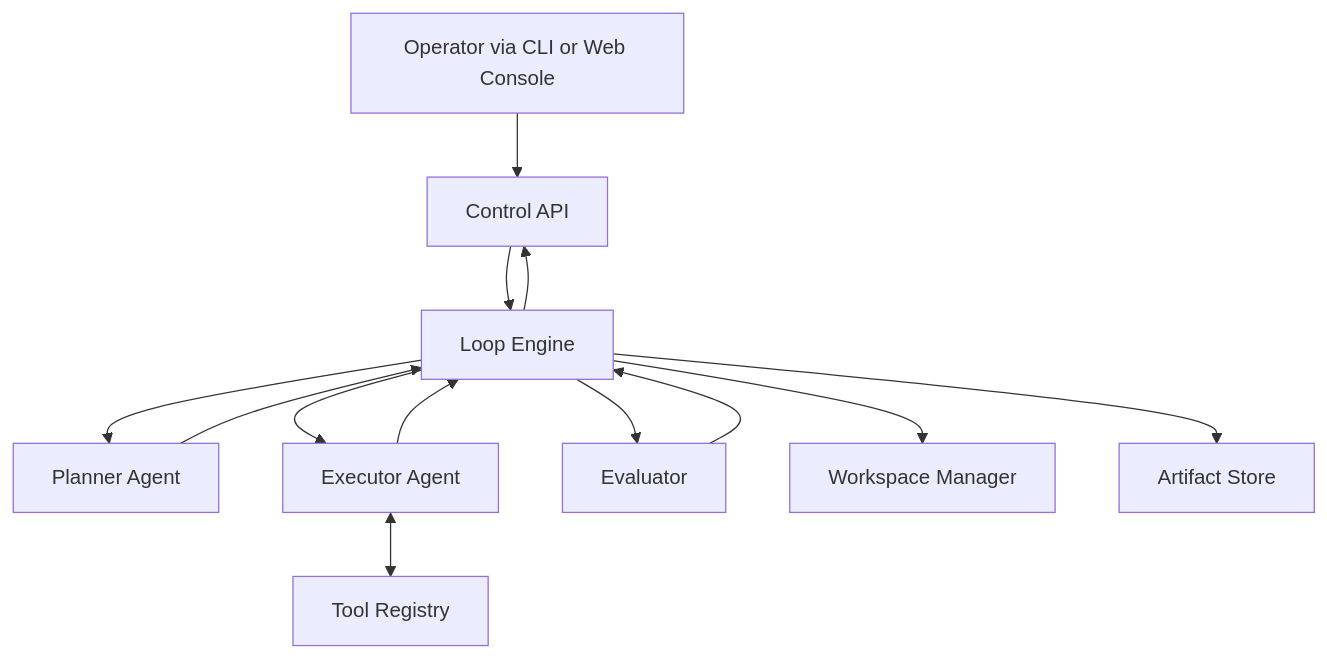
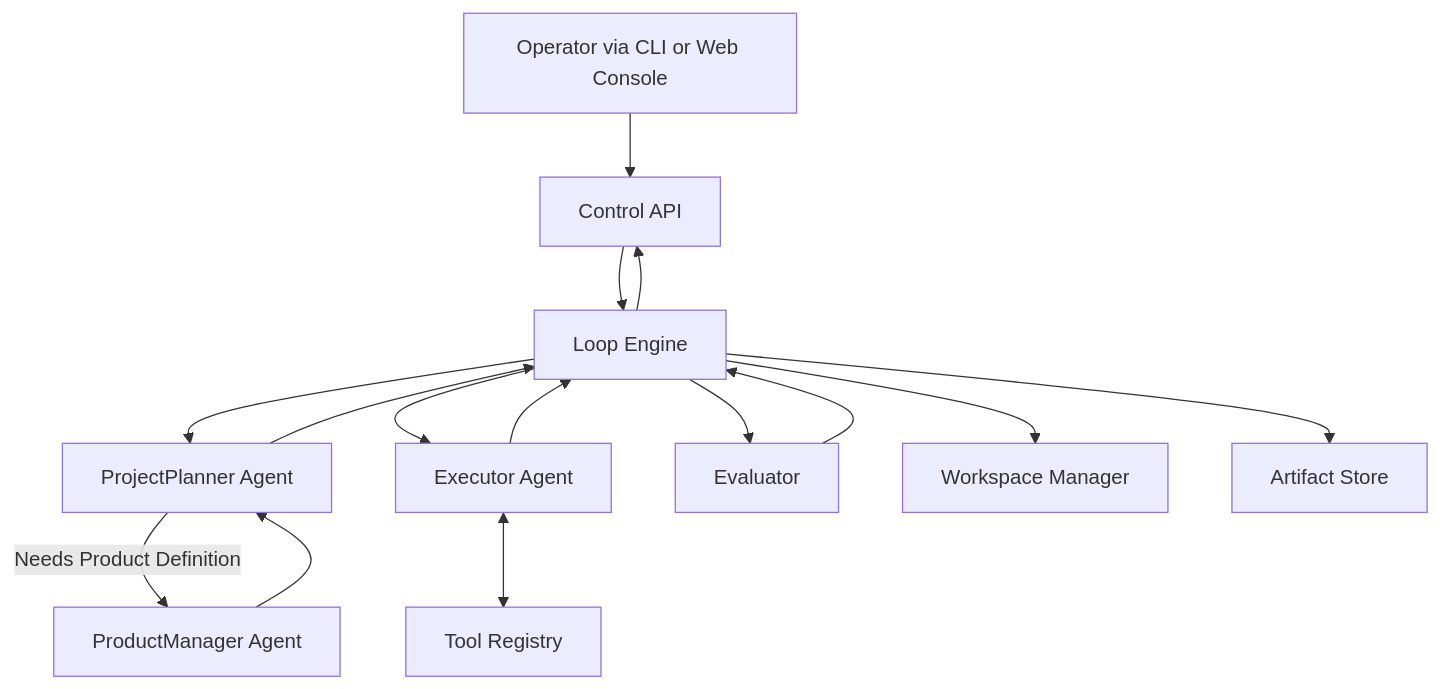
The first of 2 diagrams in ARCHITECTURE.md (ailoop-labs/AILoop), drawn with Mermaid before and after one commit. The commit also changed other lines of this file and 31 other files, not shown here.

Commit message:
Split project planner and product manager workflows

````diff
--- a/ARCHITECTURE.md
+++ b/ARCHITECTURE.md
@@ -128,15 +131,17 @@
 ```mermaid
 flowchart TD
     User[Operator via CLI or Web Console] --> API[Control API]
     API --> Engine[Loop Engine]
-    Engine --> Planner[Planner Agent]
-    Planner --> Engine
+    Engine --> ProjectPlanner[ProjectPlanner Agent]
+    ProjectPlanner -->|Needs Product Definition| ProductManager[ProductManager Agent]
+    ProductManager --> ProjectPlanner
+    ProjectPlanner --> Engine
     Engine --> Executor[Executor Agent]
     Executor <--> Tools[Tool Registry]
     Executor --> Engine
     Engine --> Evaluator[Evaluator]
     Evaluator --> Engine
     Engine --> Workspace[Workspace Manager]
     Engine --> Artifacts[Artifact Store]
     Engine --> API
 ```
````
